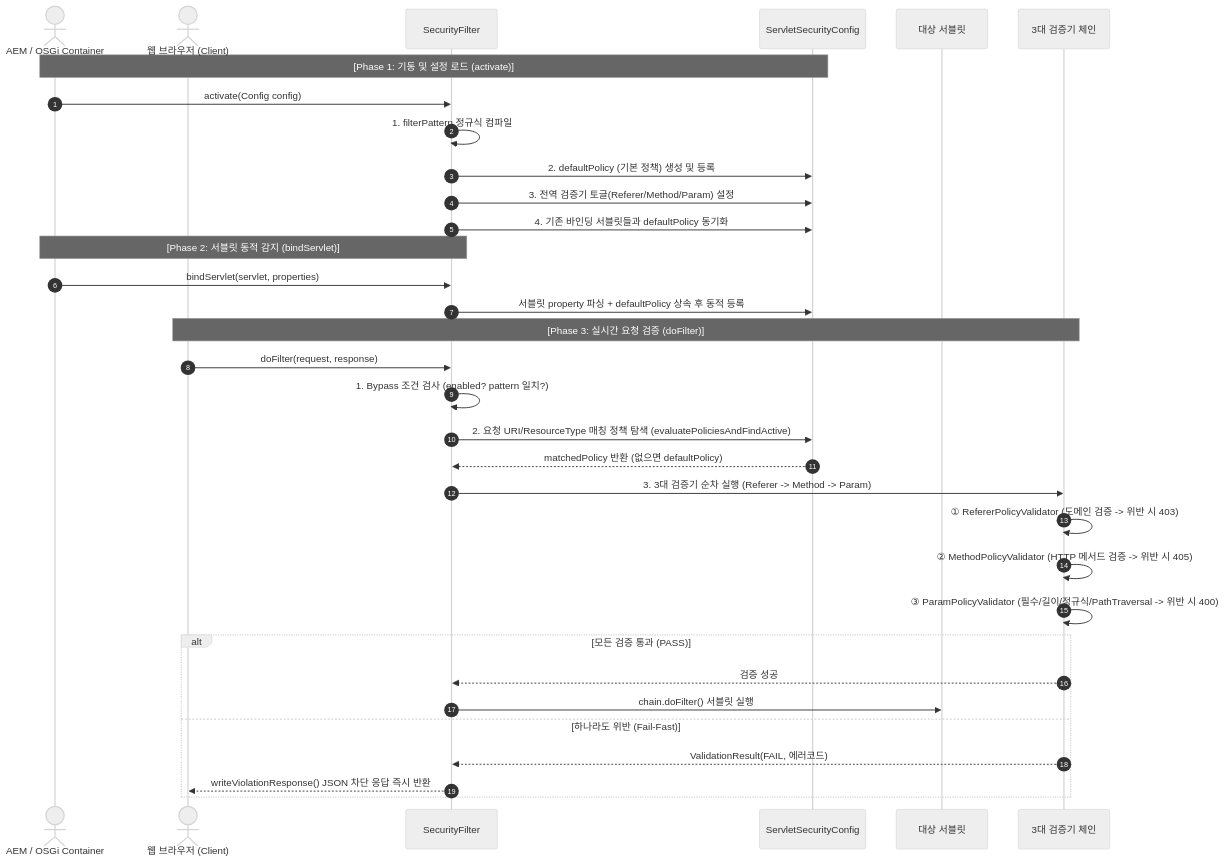
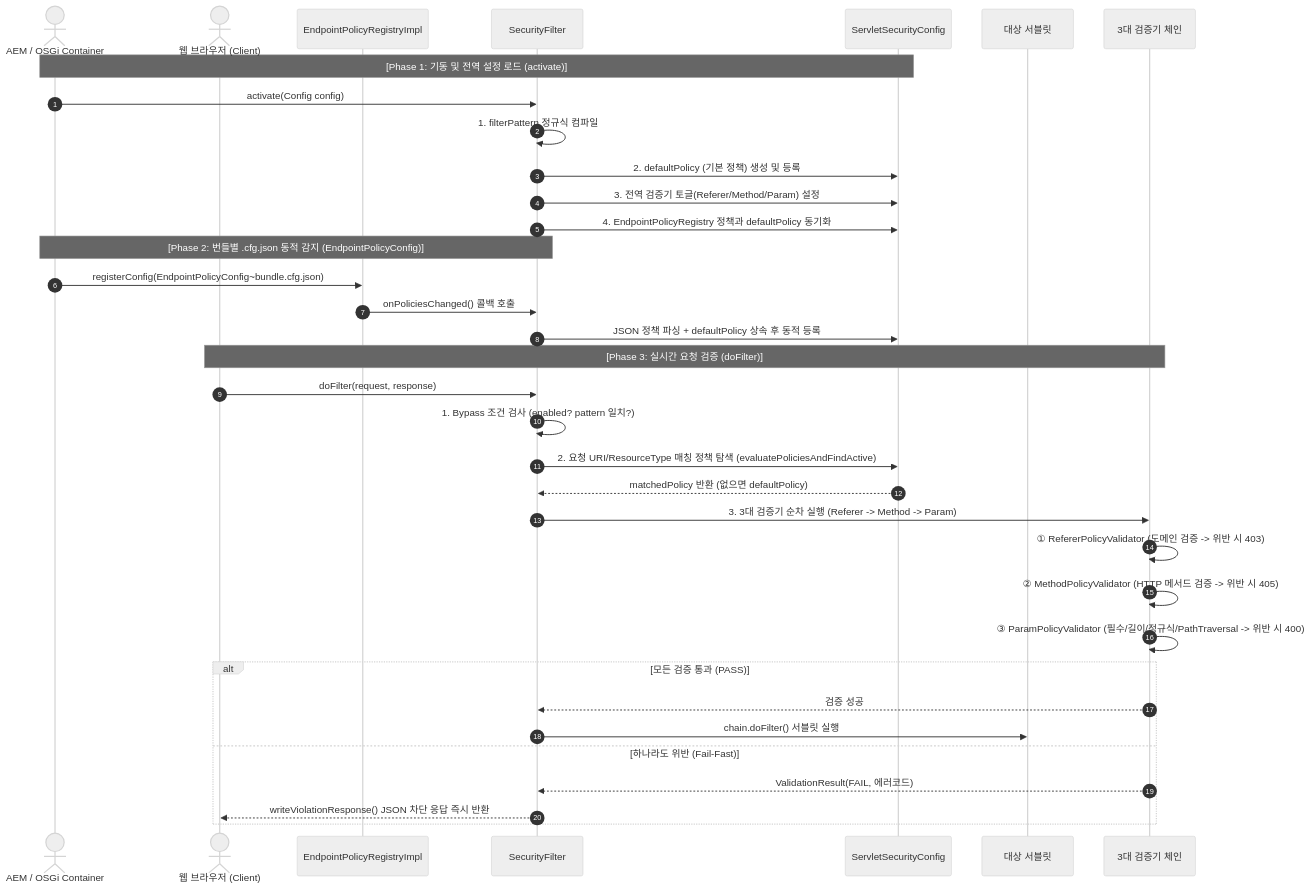
The first of 2 diagrams in README.md (suafafa/security-simple), drawn with Mermaid (neutral theme) before and after one commit. The commit also changed other lines of this file and 4 other files, not shown here.

Commit message:
refactor: Remove servlet @Component property policy binding and use EndpointPolicyRegistry (.cfg.json) exclusively

````diff
--- a/README.md
+++ b/README.md
@@ -33,40 +33,42 @@
 ```mermaid
 sequenceDiagram
     autonumber
     actor OSGi as AEM / OSGi Container
     actor Client as 웹 브라우저 (Client)
+    participant Registry as EndpointPolicyRegistryImpl
     participant Filter as SecurityFilter
     participant Config as ServletSecurityConfig
     participant Servlet as 대상 서블릿
     participant Chain as 3대 검증기 체인
 
-    Note over OSGi, Config: [Phase 1: 기동 및 설정 로드 (activate)]
+    Note over OSGi, Config: [Phase 1: 기동 및 전역 설정 로드 (activate)]
     OSGi->>Filter: activate(Config config)
     Filter->>Filter: 1. filterPattern 정규식 컴파일
     Filter->>Config: 2. defaultPolicy (기본 정책) 생성 및 등록
     Filter->>Config: 3. 전역 검증기 토글(Referer/Method/Param) 설정
-    Filter->>Config: 4. 기존 바인딩 서블릿들과 defaultPolicy 동기화
+    Filter->>Config: 4. EndpointPolicyRegistry 정책과 defaultPolicy 동기화
 
-    Note over OSGi, Filter: [Phase 2: 서블릿 동적 감지 (bindServlet)]
-    OSGi->>Filter: bindServlet(servlet, properties)
-    Filter->>Config: 서블릿 property 파싱 + defaultPolicy 상속 후 동적 등록
+    Note over OSGi, Filter: [Phase 2: 번들별 .cfg.json 동적 감지 (EndpointPolicyConfig)]
+    OSGi->>Registry: registerConfig(EndpointPolicyConfig~bundle.cfg.json)
+    Registry->>Filter: onPoliciesChanged() 콜백 호출
+    Filter->>Config: JSON 정책 파싱 + defaultPolicy 상속 후 동적 등록
 
     Note over Client, Chain: [Phase 3: 실시간 요청 검증 (doFilter)]
     Client->>Filter: doFilter(request, response)
     Filter->>Filter: 1. Bypass 조건 검사 (enabled? pattern 일치?)
     Filter->>Config: 2. 요청 URI/ResourceType 매칭 정책 탐색 (evaluatePoliciesAndFindActive)
     Config-->>Filter: matchedPolicy 반환 (없으면 defaultPolicy)
 
     Filter->>Chain: 3. 3대 검증기 순차 실행 (Referer -> Method -> Param)
     Chain->>Chain: ① RefererPolicyValidator (도메인 검증 -> 위반 시 403)
     Chain->>Chain: ② MethodPolicyValidator (HTTP 메서드 검증 -> 위반 시 405)
     Chain->>Chain: ③ ParamPolicyValidator (필수/길이/정규식/PathTraversal -> 위반 시 400)
 
     alt 모든 검증 통과 (PASS)
         Chain-->>Filter: 검증 성공
         Filter->>Servlet: chain.doFilter() 서블릿 실행
     else 하나라도 위반 (Fail-Fast)
         Chain-->>Filter: ValidationResult(FAIL, 에러코드)
         Filter-->>Client: writeViolationResponse() JSON 차단 응답 즉시 반환
     end
 ```
````
